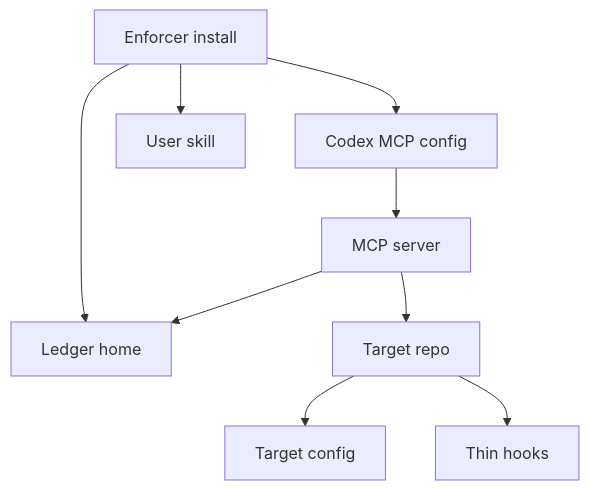
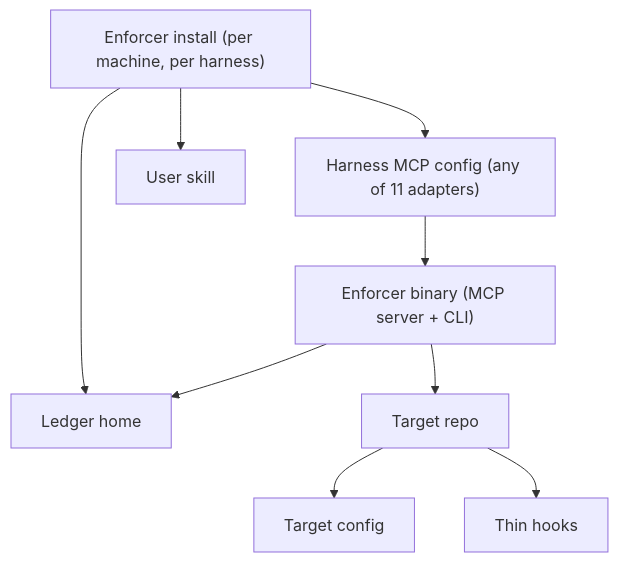
Before and after one commit to ocentra/ocentra-enforcer: the diagram in docs/SKILL_MCP_SYSTEM.md, drawn with Mermaid. The commit also changed other lines of this file and 28 other files, not shown here.

````diff
--- a/docs/SKILL_MCP_SYSTEM.md
+++ b/docs/SKILL_MCP_SYSTEM.md
@@ -8,19 +18,19 @@
 ```mermaid
 flowchart TD
-  A["Enforcer install"]
-  B["Codex MCP config"]
+  A["Enforcer install (per machine, per harness)"]
+  B["Harness MCP config (any of 11 adapters)"]
   C["User skill"]
   D["Ledger home"]
   E["Target repo"]
   F["Target config"]
   G["Thin hooks"]
-  H["MCP server"]
+  H["Enforcer binary (MCP server + CLI)"]
   A --> B
   A --> C
   A --> D
   E --> F
   E --> G
   B --> H
   H --> E
   H --> D
 ```
````
